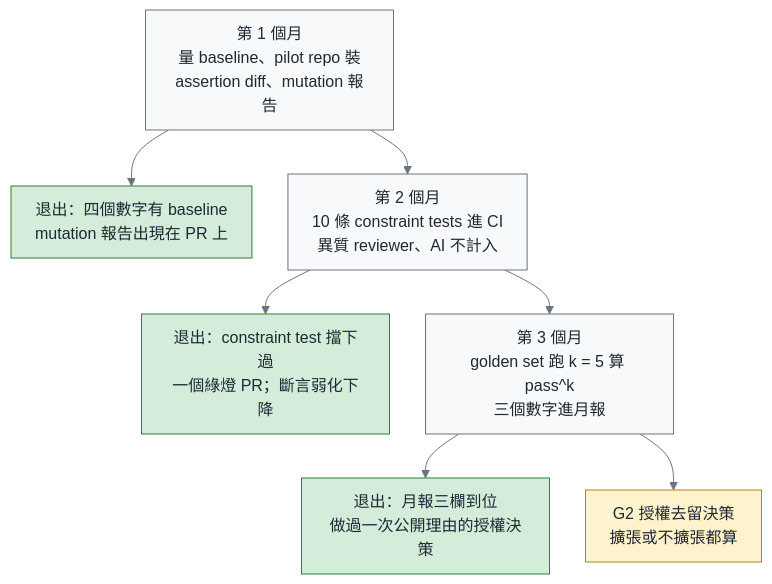
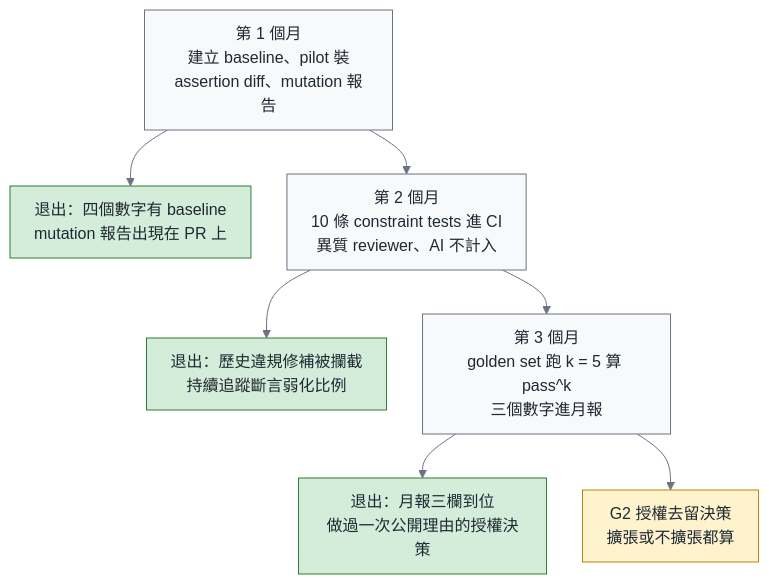
Before and after one commit to fantasybz/medium-articles: the tenth of 10 diagrams in 2026-10-green-overview/article.md, drawn with Mermaid. The commit also changed other lines of this file and 93 other files, not shown here.

````diff
--- a/2026-10-green-overview/article.md
+++ b/2026-10-green-overview/article.md
@@ -792,39 +792,39 @@
 ```mermaid
 ---
 config:
   theme: base
   themeVariables:
     fontSize: 16px
     primaryColor: "#f8f9fa"
     primaryTextColor: "#1f2933"
     primaryBorderColor: "#6b7280"
     lineColor: "#6b7280"
     secondaryColor: "#f8f9fa"
     tertiaryColor: "#ffffff"
     clusterBkg: "#ffffff"
     clusterBorder: "#9ca3af"
     edgeLabelBackground: "#ffffff"
   flowchart:
     nodeSpacing: 36
     rankSpacing: 44
     padding: 12
     htmlLabels: true
     subGraphTitleMargin:
       top: 8
       bottom: 12
     curve: basis
 ---
 flowchart TB
     classDef own fill:#d4edda,stroke:#2e7d32,color:#1f2933
     classDef buy fill:#fff3cd,stroke:#b8860b,color:#1f2933
     classDef bad fill:#ffe0e0,stroke:#c0392b,color:#1f2933
     classDef human fill:#e3f2fd,stroke:#1565c0,color:#1f2933
-    M1["第 1 個月<br/>量 baseline、pilot repo 裝<br/>assertion diff、mutation 報告"] --> E1["退出：四個數字有 baseline<br/>mutation 報告出現在 PR 上"]
+    M1["第 1 個月<br/>建立 baseline、pilot 裝<br/>assertion diff、mutation 報告"] --> E1["退出：四個數字有 baseline<br/>mutation 報告出現在 PR 上"]
     M1 --> M2["第 2 個月<br/>10 條 constraint tests 進 CI<br/>異質 reviewer、AI 不計入"]
-    M2 --> E2["退出：constraint test 擋下過<br/>一個綠燈 PR；斷言弱化下降"]
+    M2 --> E2["退出：歷史違規修補被攔截<br/>持續追蹤斷言弱化比例"]
     M2 --> M3["第 3 個月<br/>golden set 跑 k = 5 算 pass^k<br/>三個數字進月報"]
     M3 --> E3["退出：月報三欄到位<br/>做過一次公開理由的授權決策"]
     M3 --> G["G2 授權去留決策<br/>擴張或不擴張都算"]
     class E1,E2,E3 own
     class G buy
 ```
````
